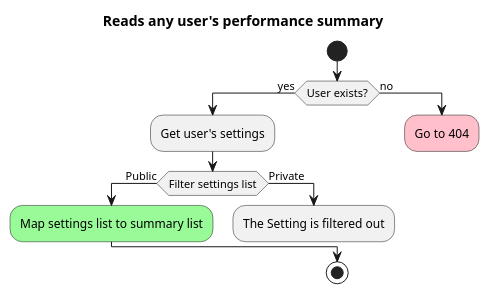
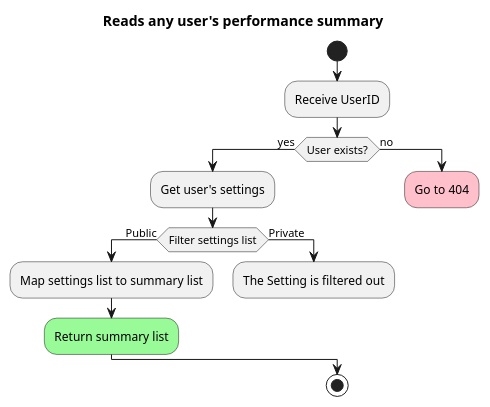
The diagram in docs/asciiDoc/src/activity_diagrams/user/reads_any_users_performance_summary.puml (EgorVasilev/performance_self_monitoring), drawn with PlantUML before and after one commit. The commit also changed 19 other files, not shown here.

First line of the commit message:
Story: #31 Documentation: PlantUML use case to PlantUML sequence/Mermaid Task: #34 Create Dynamic Diagram (C4)

```diff
--- a/docs/asciiDoc/src/activity_diagrams/user/reads_any_users_performance_summary.puml
+++ b/docs/asciiDoc/src/activity_diagrams/user/reads_any_users_performance_summary.puml
@@ -1,24 +1,27 @@
 @startuml
 title Reads any user's performance summary
 
 start
+:Receive UserID;
 
 if (User exists?) then (yes)
   :Get user's settings;
 
   if (Filter settings list) then (Public)
 
-  #palegreen:Map settings list to summary list;
+  :Map settings list to summary list;
+
+  #palegreen:Return summary list;
 
   else (Private)
     :The Setting is filtered out;
     detach
   endif
 
 else (no)
   #pink:Go to 404;
   detach
 endif
 
 stop
 @enduml
```
